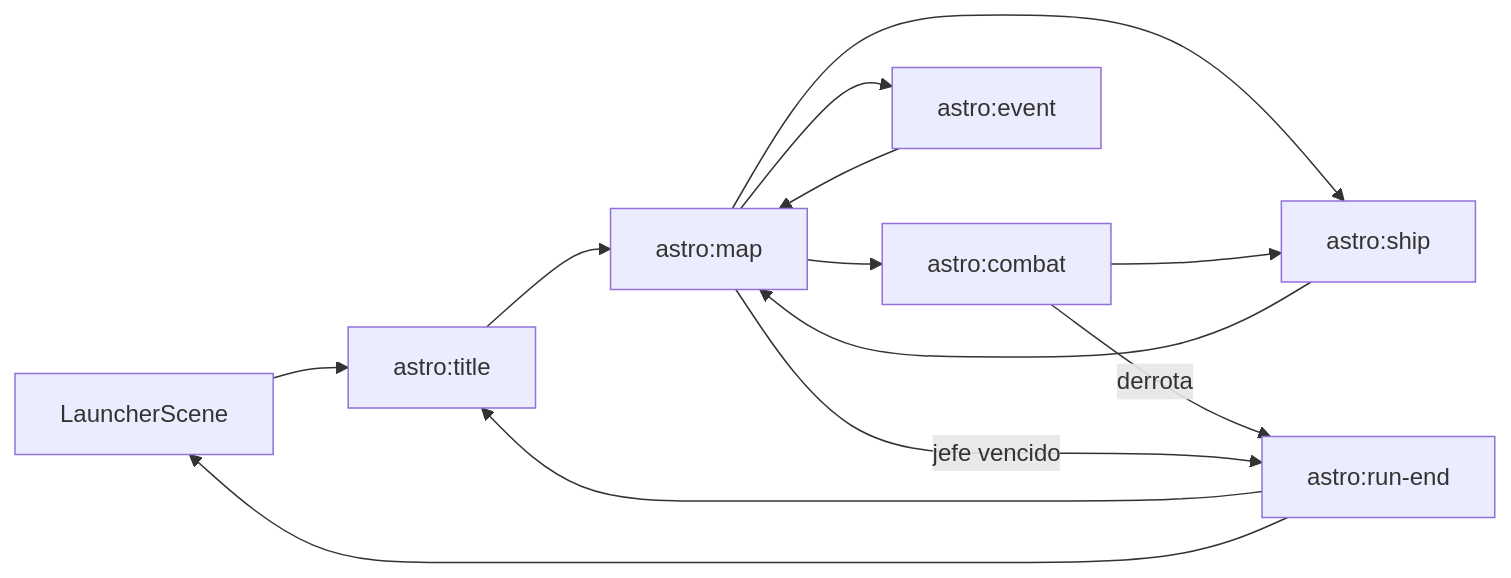
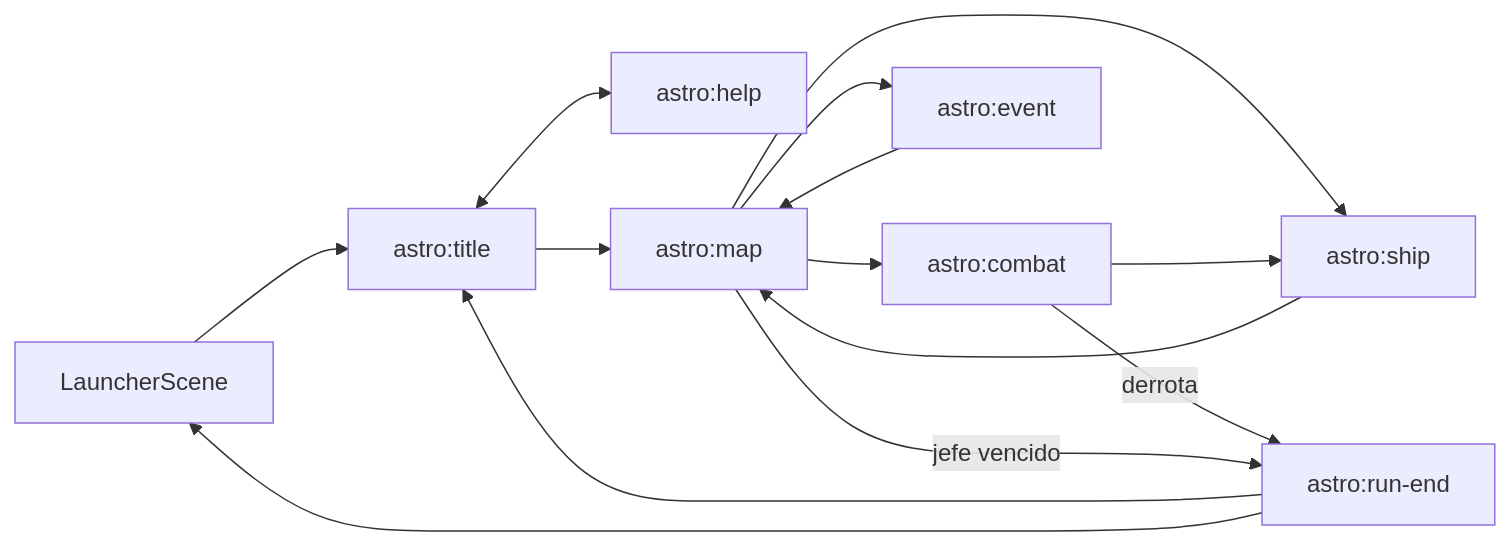
The third of 3 diagrams in src/games/astro-chess/astro-chess.md (marianoluzza/phaser), drawn with Mermaid before and after one commit. The commit also changed other lines of this file and 11 other files, not shown here.

````diff
--- a/src/games/astro-chess/astro-chess.md
+++ b/src/games/astro-chess/astro-chess.md
@@ -423,15 +450,16 @@
 ```mermaid
 flowchart LR
     Launcher["LauncherScene"] --> Title["astro:title"]
+    Title <--> Help["astro:help"]
     Title --> Map["astro:map"]
     Map --> Combat["astro:combat"]
     Map --> Event["astro:event"]
     Map --> Ship["astro:ship"]
     Combat --> Ship
     Event --> Map
     Ship --> Map
     Combat -->|"derrota"| End["astro:run-end"]
     Map -->|"jefe vencido"| End
     End --> Title
     End --> Launcher
 ```
````
